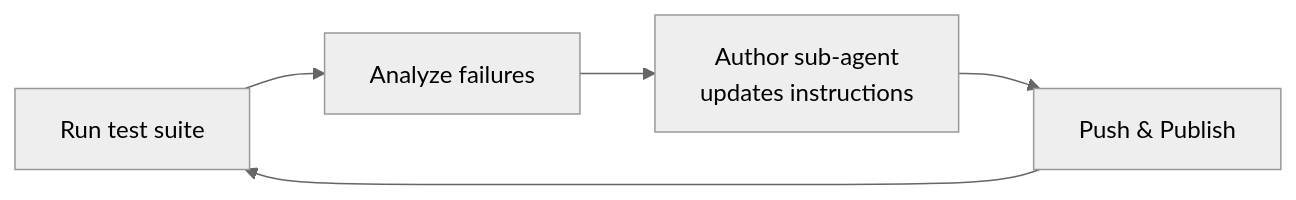
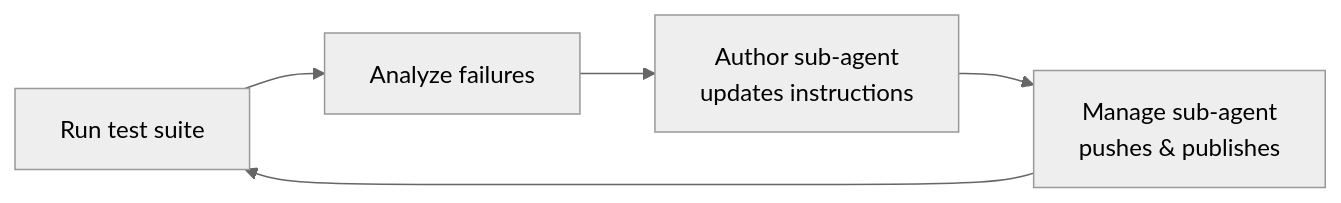
The diagram in _posts/2026-03-29-agentic-improvement-loop.md (microsoft/mcscatblog), drawn with Mermaid (neutral theme) before and after one commit.

Commit message:
Credit manage sub-agent in mermaid diagram

````diff
--- a/_posts/2026-03-29-agentic-improvement-loop.md
+++ b/_posts/2026-03-29-agentic-improvement-loop.md
@@ -56,7 +56,7 @@
 ```mermaid
 graph LR
     A[Run test suite] --> B[Analyze failures]
     B --> C[Author sub-agent<br/>updates instructions]
-    C --> D[Push & Publish]
+    C --> D[Manage sub-agent<br/>pushes & publishes]
     D --> A
 ```
````
